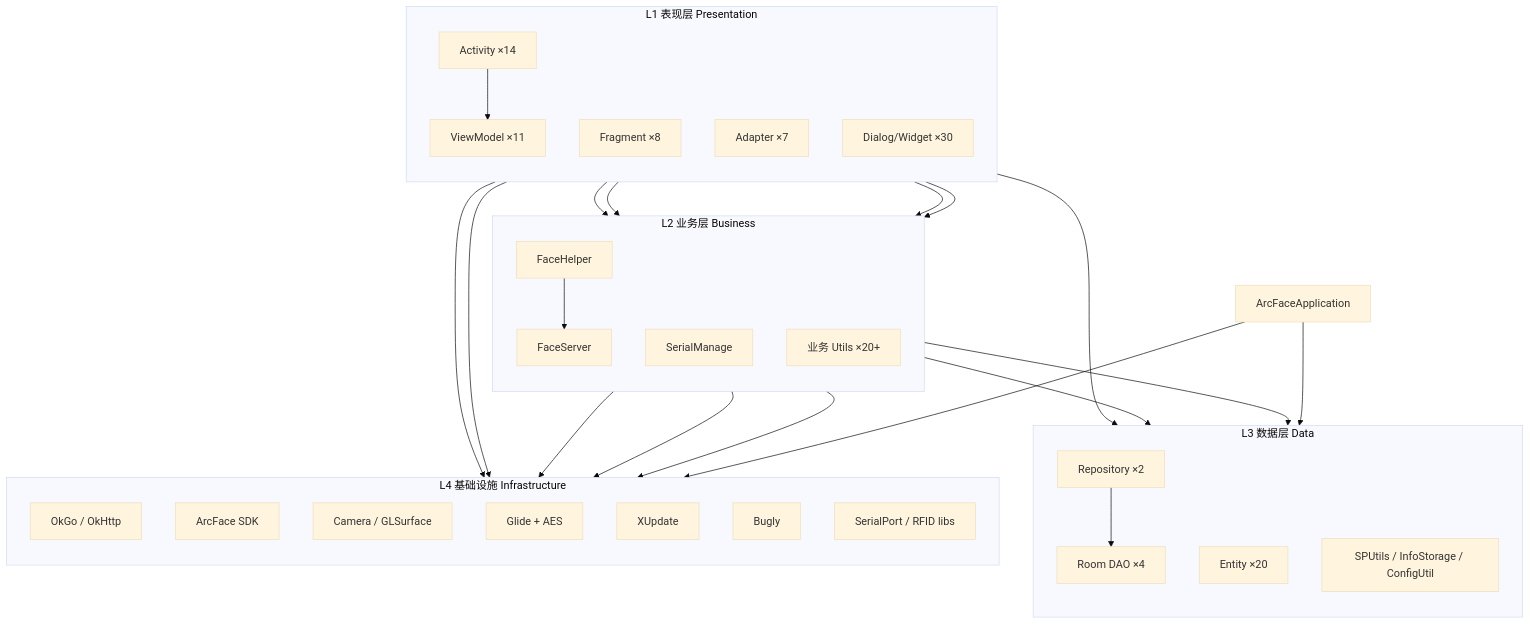
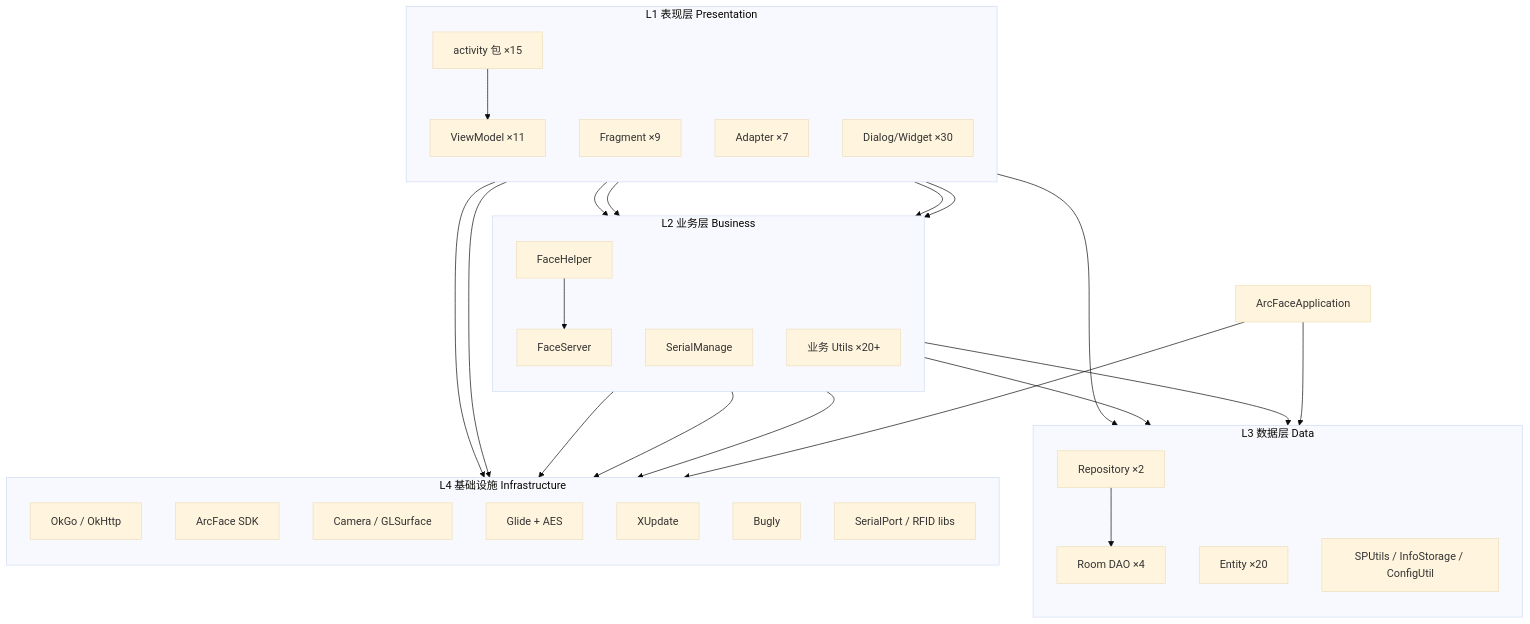
Before and after one commit to aniu7532/airport-face: the first of 2 diagrams in refactor/03-layer-and-dependencies.md, drawn with Mermaid (base theme). The commit also changed other lines of this file and 7 other files, not shown here.

````diff
--- a/refactor/03-layer-and-dependencies.md
+++ b/refactor/03-layer-and-dependencies.md
@@ -5,56 +5,56 @@
 ```mermaid
 flowchart TB
     subgraph L1["L1 表现层 Presentation"]
         direction TB
-        Act[Activity ×14]
-        Frag[Fragment ×8]
+        Act[activity 包 ×15]
+        Frag[Fragment ×9]
         VM[ViewModel ×11]
         Adp[Adapter ×7]
         Dlg[Dialog/Widget ×30]
     end
 
     subgraph L2["L2 业务层 Business"]
         direction TB
         FS[FaceServer]
         FH[FaceHelper]
         SM[SerialManage]
         Utils[业务 Utils ×20+]
     end
 
     subgraph L3["L3 数据层 Data"]
         direction TB
         Repo[Repository ×2]
         DAO[Room DAO ×4]
         Entity[Entity ×20]
         Prefs[SPUtils / InfoStorage / ConfigUtil]
     end
 
     subgraph L4["L4 基础设施 Infrastructure"]
         direction TB
         OkGo[OkGo / OkHttp]
         ArcFace[ArcFace SDK]
         Camera[Camera / GLSurface]
         Glide[Glide + AES]
         XUpdate[XUpdate]
         Bugly[Bugly]
         Serial[SerialPort / RFID libs]
     end
 
     Act --> VM
     Act --> Utils
     Act --> DAO
     Act --> OkGo
     VM --> FH
     VM --> FS
     FH --> FS
     FS --> ArcFace
     FS --> DAO
     Utils --> OkGo
     Utils --> DAO
     Repo --> DAO
     Act --> Glide
     Act --> SM
     SM --> Serial
     App[ArcFaceApplication] --> DAO
     App --> OkGo
 ```
````
